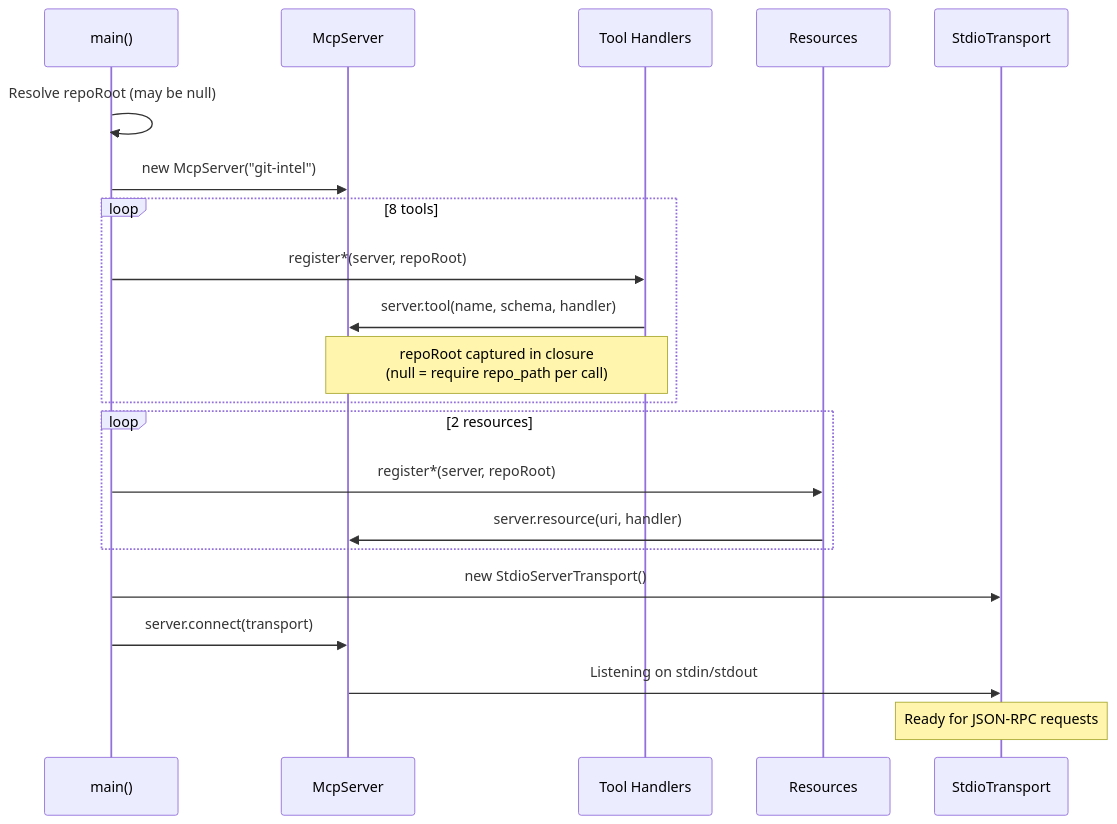
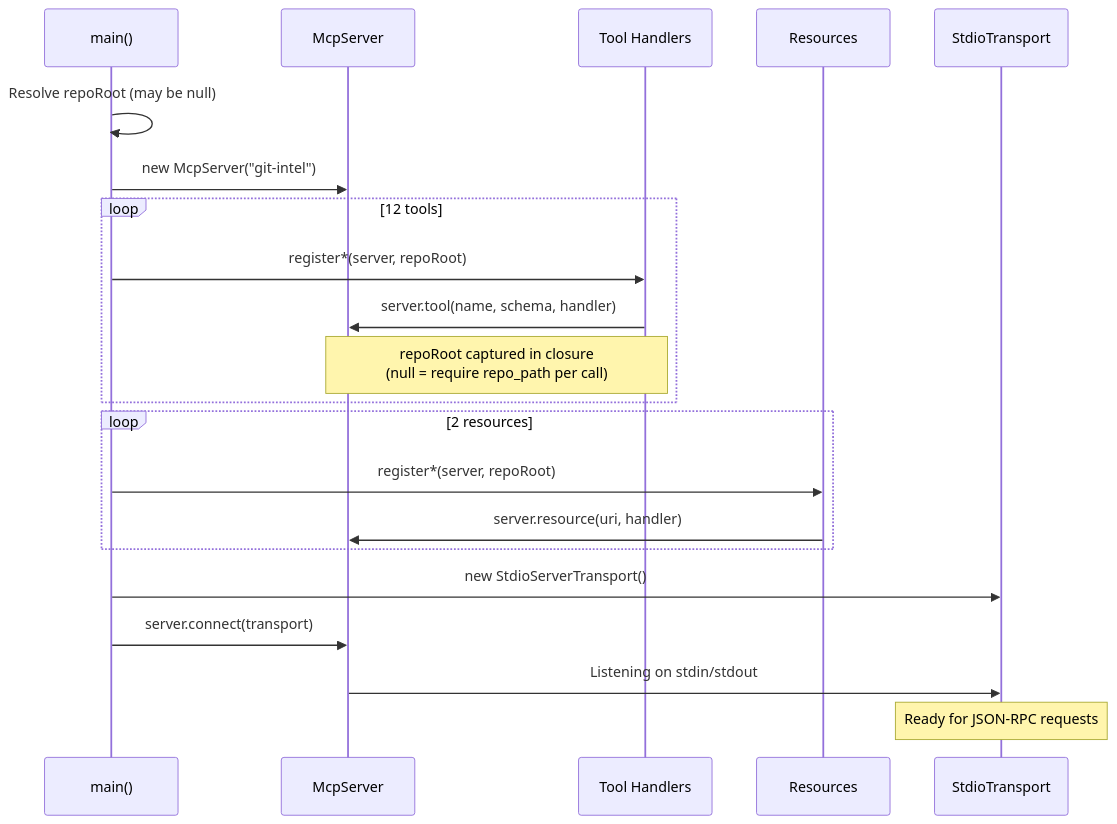
The ninth of 10 diagrams in ARCHITECTURE.md (hoangsonww/GitIntel-MCP-Server), drawn with Mermaid before and after one commit. The commit also changed other lines of this file and 12 other files, not shown here.

````diff
--- a/ARCHITECTURE.md
+++ b/ARCHITECTURE.md
@@ -484,27 +502,27 @@
 ```mermaid
 sequenceDiagram
     participant Main as main()
     participant SDK as McpServer
     participant T as Tool Handlers
     participant R as Resources
     participant IO as StdioTransport
 
     Main->>Main: Resolve repoRoot (may be null)
     Main->>SDK: new McpServer("git-intel")
 
-    loop 8 tools
+    loop 12 tools
         Main->>T: register*(server, repoRoot)
         T->>SDK: server.tool(name, schema, handler)
         Note over T,SDK: repoRoot captured in closure<br/>(null = require repo_path per call)
     end
 
     loop 2 resources
         Main->>R: register*(server, repoRoot)
         R->>SDK: server.resource(uri, handler)
     end
 
     Main->>IO: new StdioServerTransport()
     Main->>SDK: server.connect(transport)
     SDK->>IO: Listening on stdin/stdout
     Note over IO: Ready for JSON-RPC requests
 ```
````
